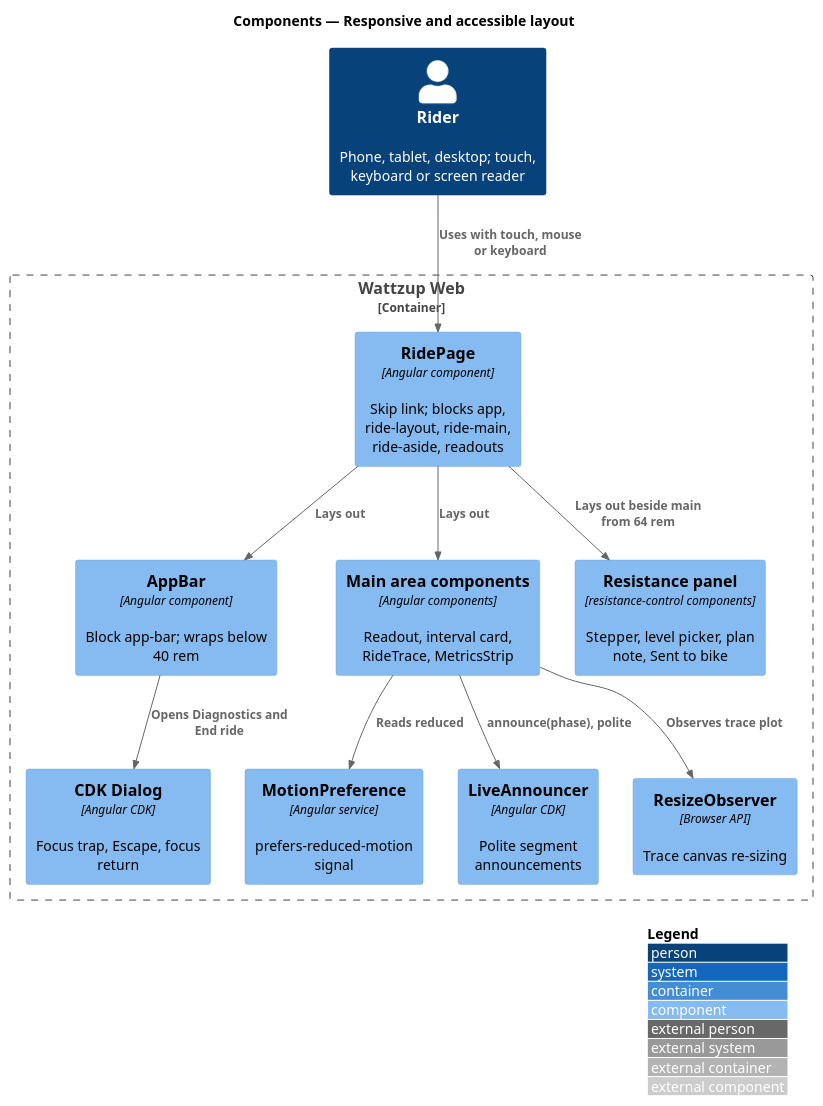
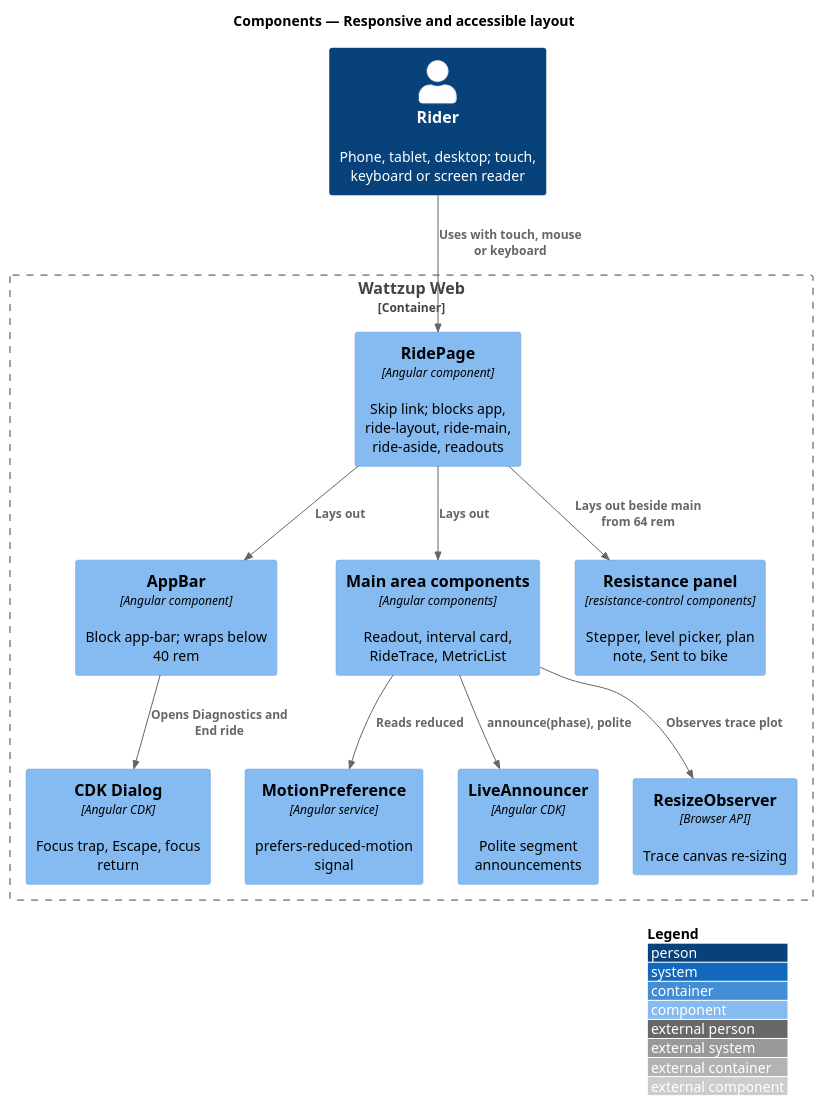
One commit to QuinntyneBrown/ride-one changed the diagram in docs/detailed-designs/dashboard/responsive-accessible-layout/diagrams/c4-component.puml. Above: the diagram before and after it, drawn with PlantUML. The commit also changed 58 other files, not shown here.

```diff
--- a/docs/detailed-designs/dashboard/responsive-accessible-layout/diagrams/c4-component.puml
+++ b/docs/detailed-designs/dashboard/responsive-accessible-layout/diagrams/c4-component.puml
@@ -1,26 +1,26 @@
 @startuml
 !include <C4/C4_Component>
 LAYOUT_WITH_LEGEND()
 title Components — Responsive and accessible layout
 
 Person(rider, "Rider", "Phone, tablet, desktop; touch, keyboard or screen reader")
 Container_Boundary(web, "Wattzup Web") {
   Component(page, "RidePage", "Angular component", "Skip link; blocks app, ride-layout, ride-main, ride-aside, readouts")
   Component(bar, "AppBar", "Angular component", "Block app-bar; wraps below 40 rem")
-  Component(main, "Main area components", "Angular components", "Readout, interval card, RideTrace, MetricsStrip")
+  Component(main, "Main area components", "Angular components", "Readout, interval card, RideTrace, MetricList")
   Component(aside, "Resistance panel", "resistance-control components", "Stepper, level picker, plan note, Sent to bike")
   Component(motion, "MotionPreference", "Angular service", "prefers-reduced-motion signal")
   Component(announcer, "LiveAnnouncer", "Angular CDK", "Polite segment announcements")
   Component(dialog, "CDK Dialog", "Angular CDK", "Focus trap, Escape, focus return")
   Component(resize, "ResizeObserver", "Browser API", "Trace canvas re-sizing")
 }
 
 Rel(rider, page, "Uses with touch, mouse or keyboard")
 Rel(page, bar, "Lays out")
 Rel(page, main, "Lays out")
 Rel(page, aside, "Lays out beside main from 64 rem")
 Rel(main, motion, "Reads reduced")
 Rel(main, announcer, "announce(phase), polite")
 Rel(main, resize, "Observes trace plot")
 Rel(bar, dialog, "Opens Diagnostics and End ride")
 @enduml
```
